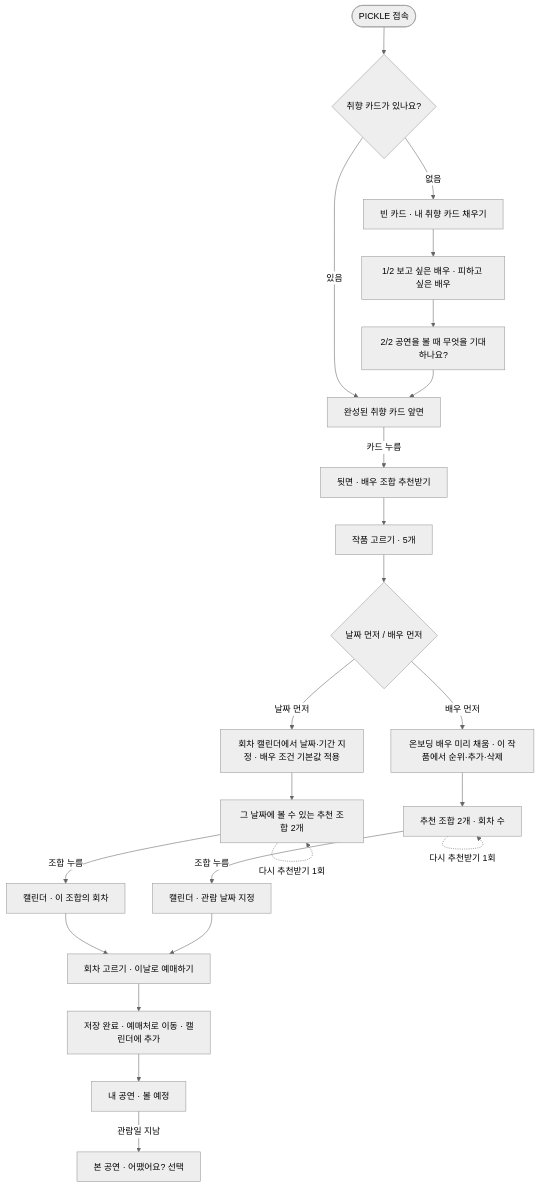
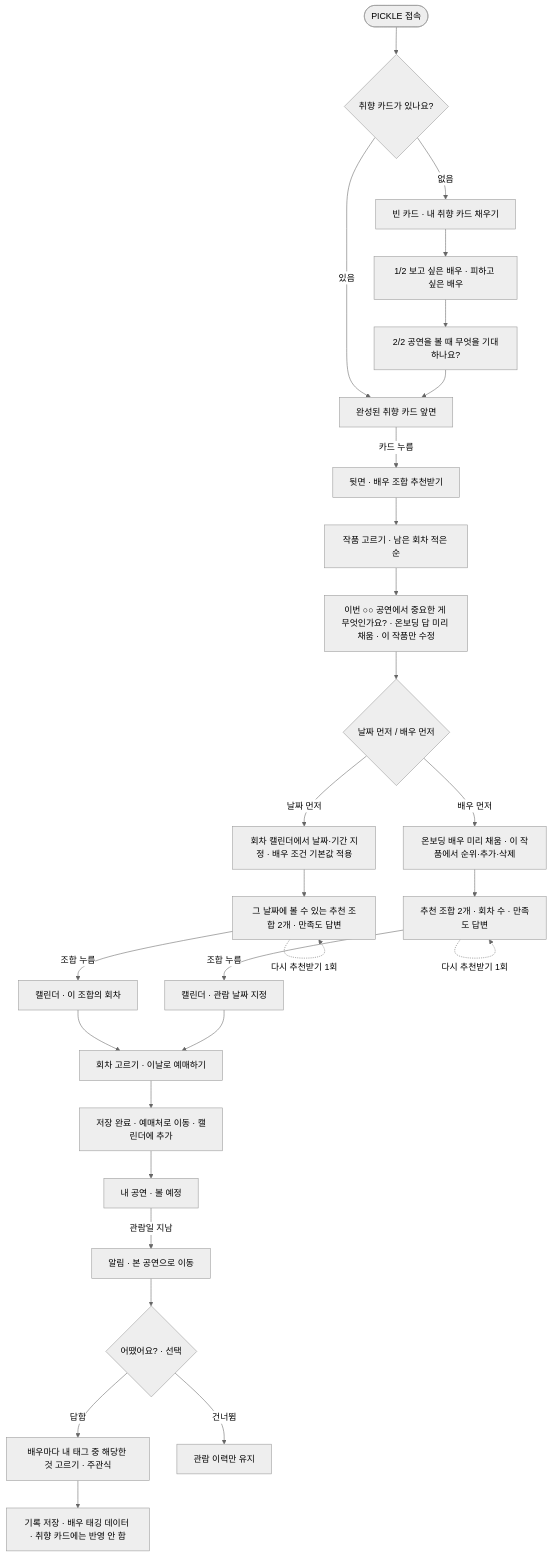
One commit to 2ma1995/pickle-src changed the second of 8 diagrams in docs/261027_2_MVP_사용자흐름.md. Above: the diagram before and after it, drawn with Mermaid (neutral theme). The commit also changed other lines of this file, not shown here.

First line of the commit message:
MVP 사용자 흐름 문서 v0.6: 작품 취향 확인 단계·조합 만족도·태그 형식 관람 후 리뷰, 남은 결정 확정

````diff
--- a/docs/261027_2_MVP_사용자흐름.md
+++ b/docs/261027_2_MVP_사용자흐름.md
@@ -90,24 +106,29 @@
 ```mermaid
 flowchart TD
     START(["PICKLE 접속"]) --> C{"취향 카드가 있나요?"}
     C -->|없음| EMPTY["빈 카드 · 내 취향 카드 채우기"]
     C -->|있음| CARD["완성된 취향 카드 앞면"]
     EMPTY --> O1["1/2 보고 싶은 배우 · 피하고 싶은 배우"] --> O2["2/2 공연을 볼 때 무엇을 기대하나요?"]
     O2 --> CARD
     CARD -->|카드 누름| FLIP["뒷면 · 배우 조합 추천받기"]
-    FLIP --> W["작품 고르기 · 5개"]
-    W --> M{"날짜 먼저 / 배우 먼저"}
+    FLIP --> W["작품 고르기 · 남은 회차 적은 순"]
+    W --> WT["이번 ○○ 공연에서 중요한 게 무엇인가요? · 온보딩 답 미리 채움 · 이 작품만 수정"]
+    WT --> M{"날짜 먼저 / 배우 먼저"}
     M -->|날짜 먼저| D1["회차 캘린더에서 날짜·기간 지정 · 배우 조건 기본값 적용"]
-    D1 --> DR["그 날짜에 볼 수 있는 추천 조합 2개"]
+    D1 --> DR["그 날짜에 볼 수 있는 추천 조합 2개 · 만족도 답변"]
     DR -->|조합 누름| DC["캘린더 · 이 조합의 회차"]
     M -->|배우 먼저| A1["온보딩 배우 미리 채움 · 이 작품에서 순위·추가·삭제"]
-    A1 --> AR["추천 조합 2개 · 회차 수"]
+    A1 --> AR["추천 조합 2개 · 회차 수 · 만족도 답변"]
     AR -->|조합 누름| AC["캘린더 · 관람 날짜 지정"]
     DC --> BOOK["회차 고르기 · 이날로 예매하기"]
     AC --> BOOK
     BOOK --> SAVED["저장 완료 · 예매처로 이동 · 캘린더에 추가"]
     SAVED --> MY["내 공연 · 볼 예정"]
-    MY -->|관람일 지남| SEEN["본 공연 · 어땠어요? 선택"]
+    MY -->|관람일 지남| NOTI["알림 · 본 공연으로 이동"]
+    NOTI --> SEEN{"어땠어요? · 선택"}
+    SEEN -->|답함| TAG["배우마다 내 태그 중 해당한 것 고르기 · 주관식"]
+    TAG --> DATA["기록 저장 · 배우 태깅 데이터 · 취향 카드에는 반영 안 함"]
+    SEEN -->|건너뜀| HIST["관람 이력만 유지"]
     DR -.->|다시 추천받기 1회| DR
     AR -.->|다시 추천받기 1회| AR
 ```
````
